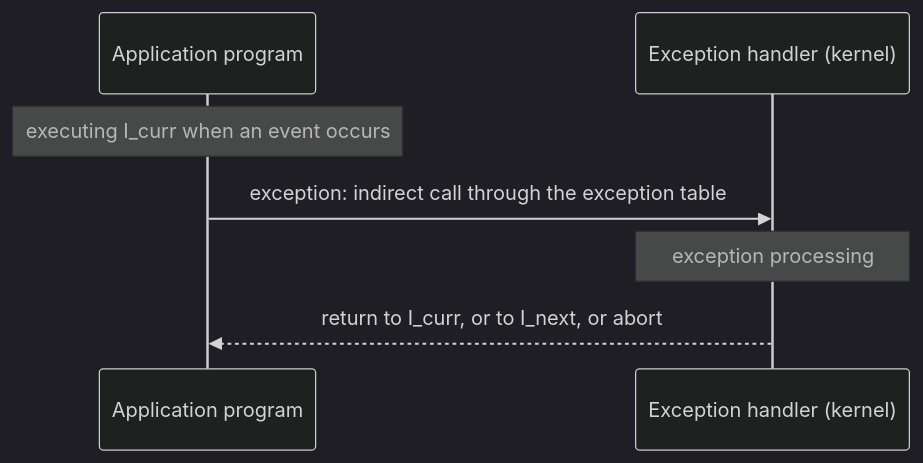
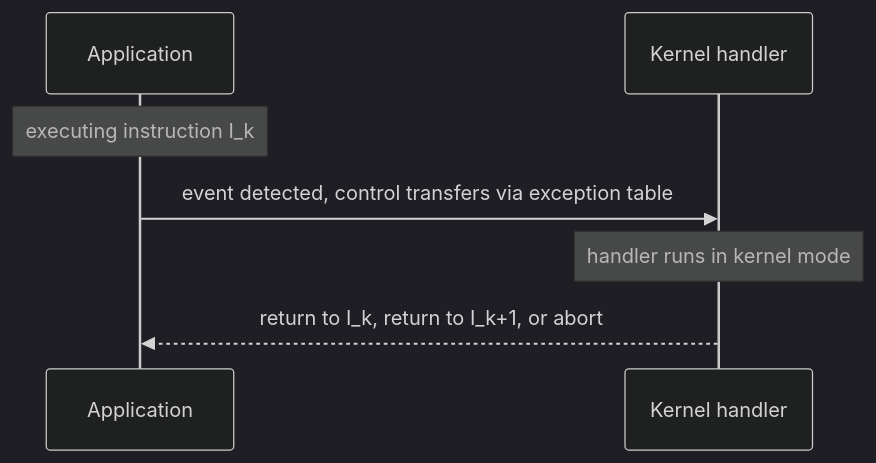
Before and after one commit to alvinnew100/grand-line-study-guide: the first of 3 diagrams in src/csapp/lessons/21-exceptions.md, drawn with Mermaid (dark theme). The commit also changed other lines of this file and 47 other files, not shown here.

````diff
--- a/src/csapp/lessons/21-exceptions.md
+++ b/src/csapp/lessons/21-exceptions.md
@@ -17,9 +27,9 @@
 ```mermaid
 sequenceDiagram
-  participant A as Application program
-  participant H as Exception handler (kernel)
-  Note over A: executing I_curr when an event occurs
-  A->>H: exception: indirect call through the exception table
-  Note over H: exception processing
-  H-->>A: return to I_curr, or to I_next, or abort
+    participant U as Application
+    participant K as Kernel handler
+    Note over U: executing instruction I_k
+    U->>K: event detected, control transfers via exception table
+    Note over K: handler runs in kernel mode
+    K-->>U: return to I_k, return to I_k+1, or abort
 ```
````
